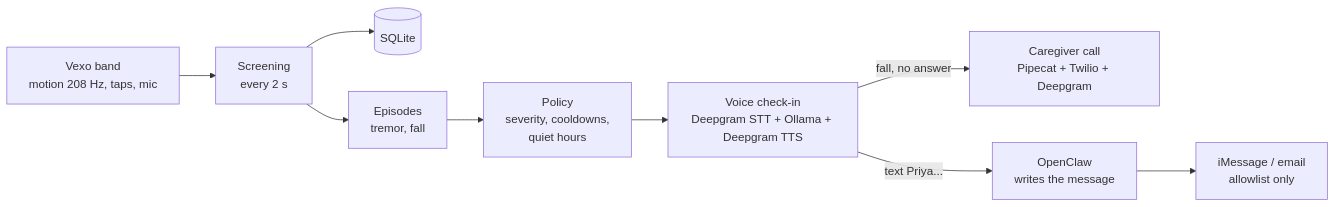
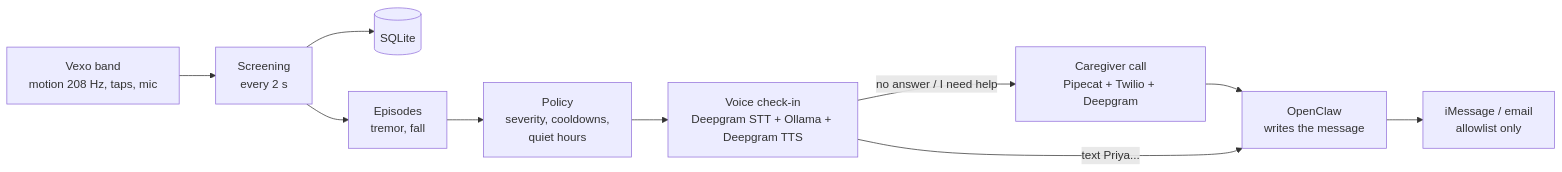
The diagram in README.md (akshaylakkur/vexo), drawn with Mermaid before and after one commit. The commit also changed other lines of this file, not shown here.

Commit message:
README: match main (no interruptions, call after any unanswered check-in, incident report, 102 tests)

````diff
--- a/README.md
+++ b/README.md
@@ -28,11 +28,12 @@
 ```mermaid
 flowchart LR
   B[Vexo band<br/>motion 208 Hz, taps, mic] --> S[Screening<br/>every 2 s]
   S --> DB[(SQLite)]
   S --> E[Episodes<br/>tremor, fall]
   E --> P[Policy<br/>severity, cooldowns,<br/>quiet hours]
   P --> V[Voice check-in<br/>Deepgram STT + Ollama + Deepgram TTS]
-  V -- fall, no answer --> C[Caregiver call<br/>Pipecat + Twilio + Deepgram]
+  V -- no answer / I need help --> C[Caregiver call<br/>Pipecat + Twilio + Deepgram]
+  C --> O
   V -- "text Priya..." --> O[OpenClaw<br/>writes the message]
   O --> M[iMessage / email<br/>allowlist only]
 ```
````
